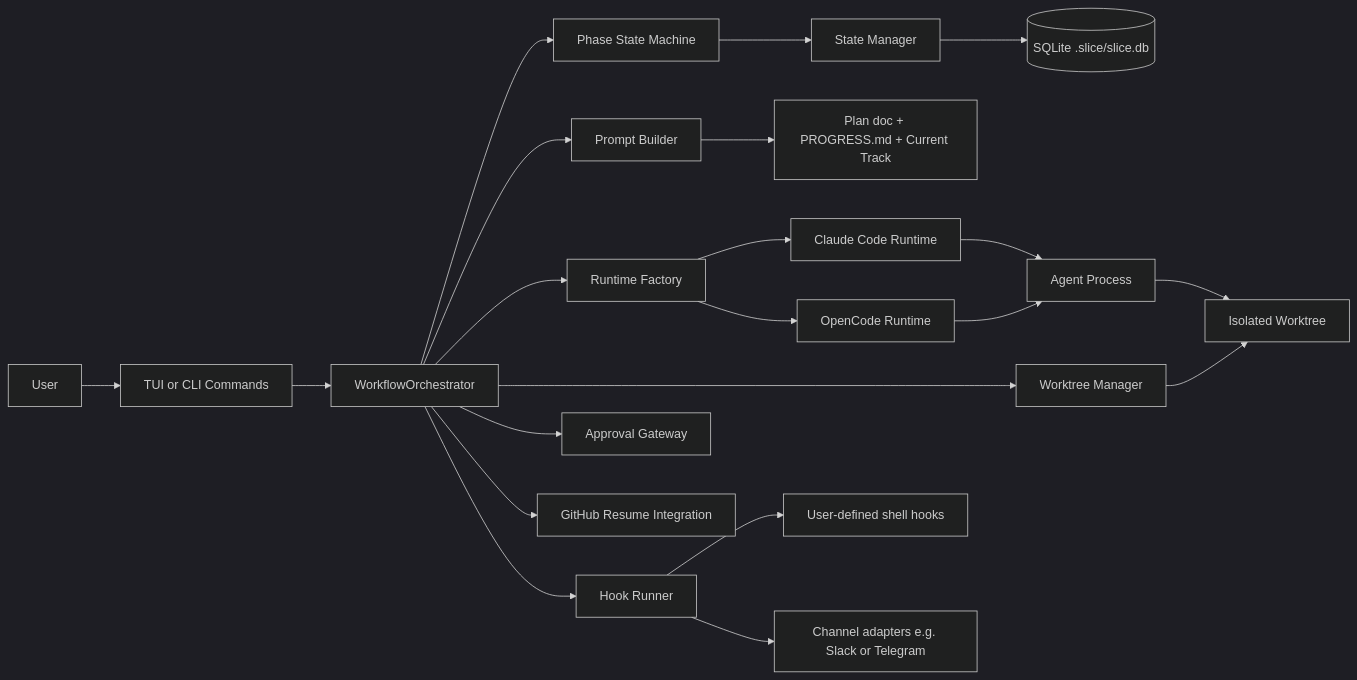
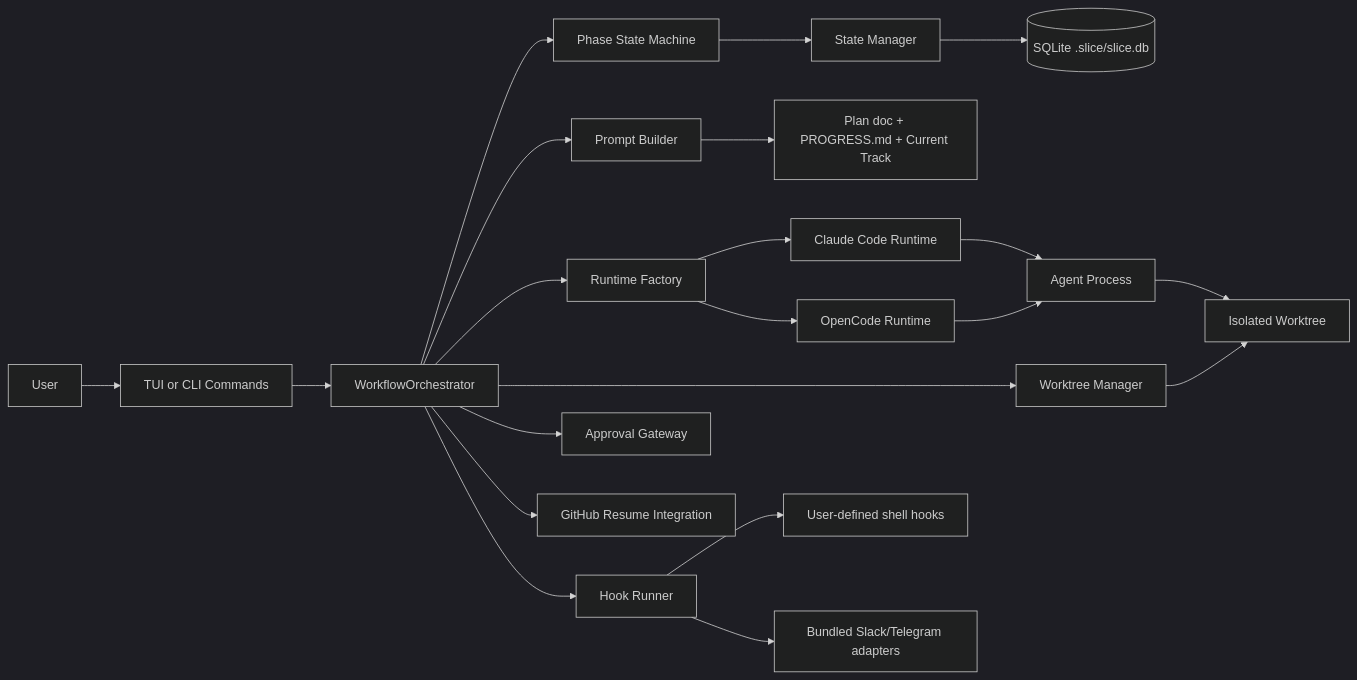
Before and after one commit to jcospina/slice-workflow: the first of 8 diagrams in docs/architecture.md, drawn with Mermaid (dark theme). The commit also changed other lines of this file and 26 other files, not shown here.

First line of the commit message:
SLICEWORKF-51: bundle Slack/Telegram adapters and replace messaging.* config

````diff
--- a/docs/architecture.md
+++ b/docs/architecture.md
@@ -18,30 +18,30 @@
 ```mermaid
 flowchart LR
     U[User] --> TUI[TUI or CLI Commands]
     TUI --> ORCH[WorkflowOrchestrator]
 
     ORCH --> SM[Phase State Machine]
     ORCH --> PM[Prompt Builder]
     ORCH --> RTF[Runtime Factory]
     ORCH --> WTM[Worktree Manager]
     ORCH --> AGW[Approval Gateway]
     ORCH --> GH[GitHub Resume Integration]
 
     SM --> STM[State Manager]
     STM --> DB[(SQLite .slice/slice.db)]
 
     PM --> FSCTX[Plan doc + PROGRESS.md + Current Track]
 
     RTF --> CCR[Claude Code Runtime]
     RTF --> OCR[OpenCode Runtime]
 
     CCR --> AGENT[Agent Process]
     OCR --> AGENT
 
     WTM --> WT[Isolated Worktree]
     AGENT --> WT
 
     ORCH --> HK[Hook Runner]
     HK --> HOOKS[User-defined shell hooks]
-    HK --> ADPT[Channel adapters e.g. Slack or Telegram]
+    HK --> ADPT[Bundled Slack/Telegram adapters]
 ```
````
